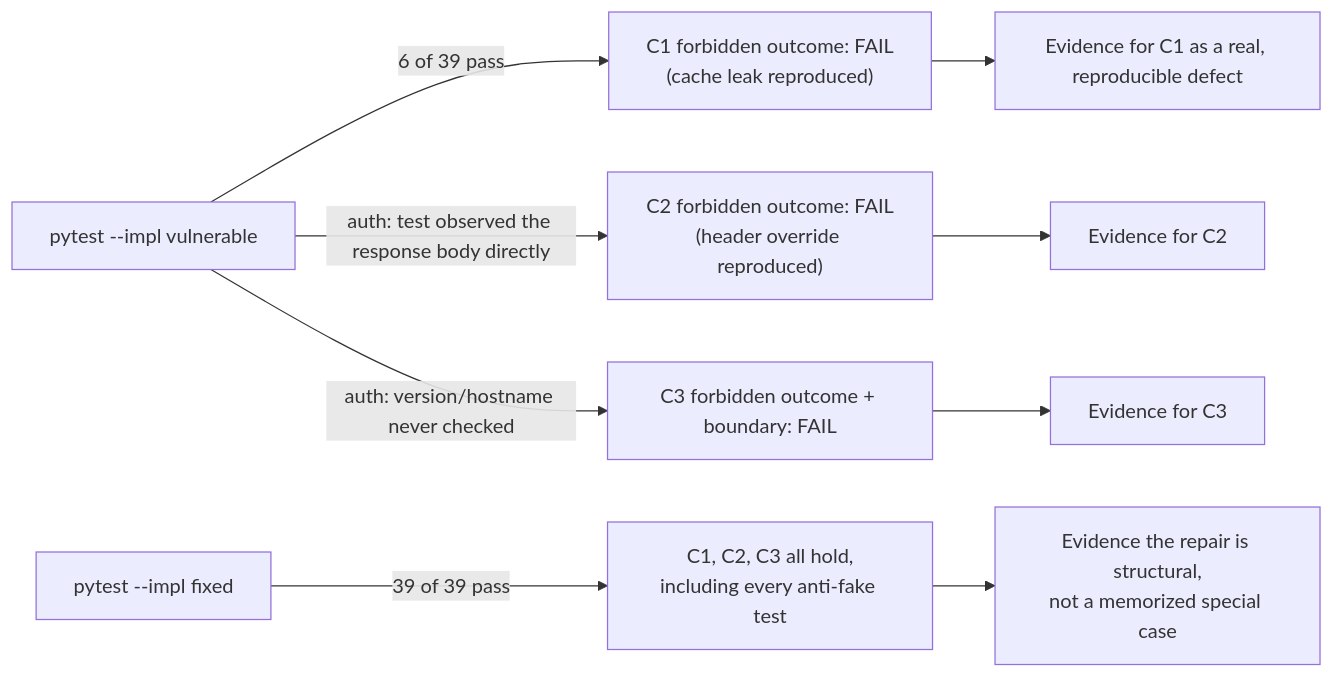
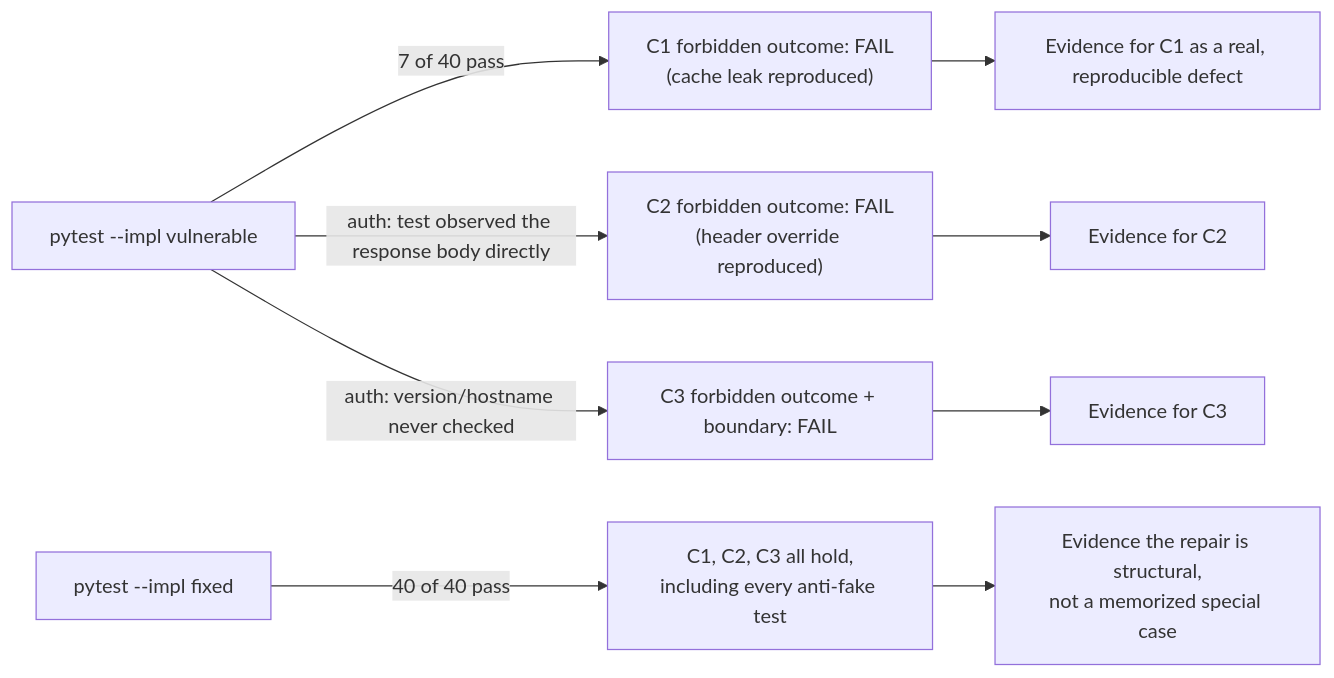
Before and after one commit to ishitvagoel/LearnSecurity: the diagram in content/modules/2/2.2/lessons/05-verify.md, drawn with Mermaid. The commit also changed other lines of this file and 7 other files, not shown here.

````diff
--- a/content/modules/2/2.2/lessons/05-verify.md
+++ b/content/modules/2/2.2/lessons/05-verify.md
@@ -23,11 +23,11 @@
 ```mermaid
 flowchart LR
-  Run["pytest --impl vulnerable"] -->|"6 of 39 pass"| V1["C1 forbidden outcome: FAIL\n(cache leak reproduced)"]
+  Run["pytest --impl vulnerable"] -->|"7 of 40 pass"| V1["C1 forbidden outcome: FAIL\n(cache leak reproduced)"]
   Run -->|auth: test observed the response body directly| V2["C2 forbidden outcome: FAIL\n(header override reproduced)"]
   Run -->|auth: version/hostname never checked| V3["C3 forbidden outcome + boundary: FAIL"]
-  Fixed["pytest --impl fixed"] -->|"39 of 39 pass"| F1["C1, C2, C3 all hold,\nincluding every anti-fake test"]
+  Fixed["pytest --impl fixed"] -->|"40 of 40 pass"| F1["C1, C2, C3 all hold,\nincluding every anti-fake test"]
   V1 --> Claim1["Evidence for C1 as a real, reproducible defect"]
   V2 --> Claim2["Evidence for C2"]
   V3 --> Claim3["Evidence for C3"]
   F1 --> ClaimAll["Evidence the repair is structural,\nnot a memorized special case"]
 ```
````
